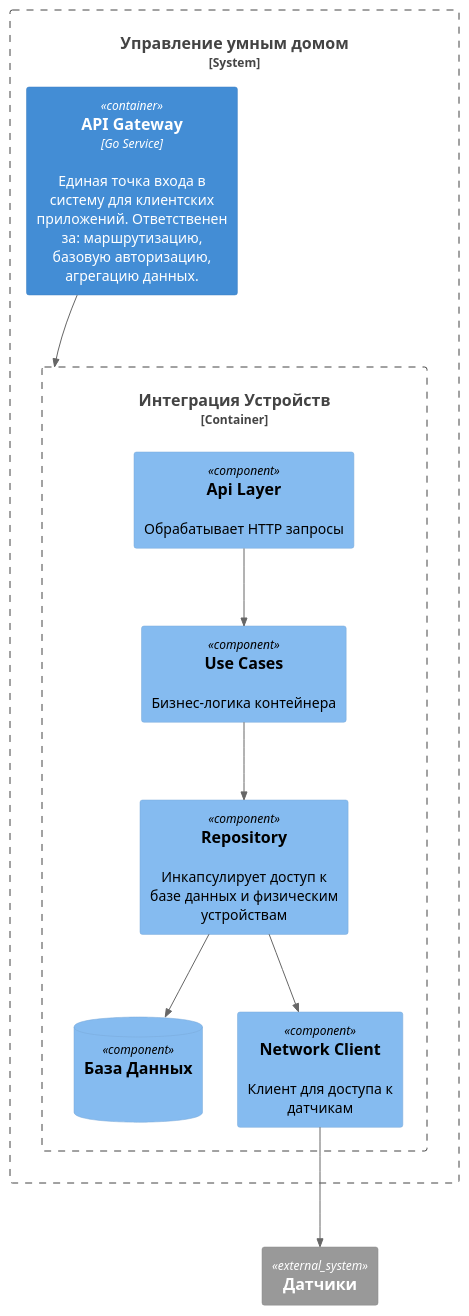
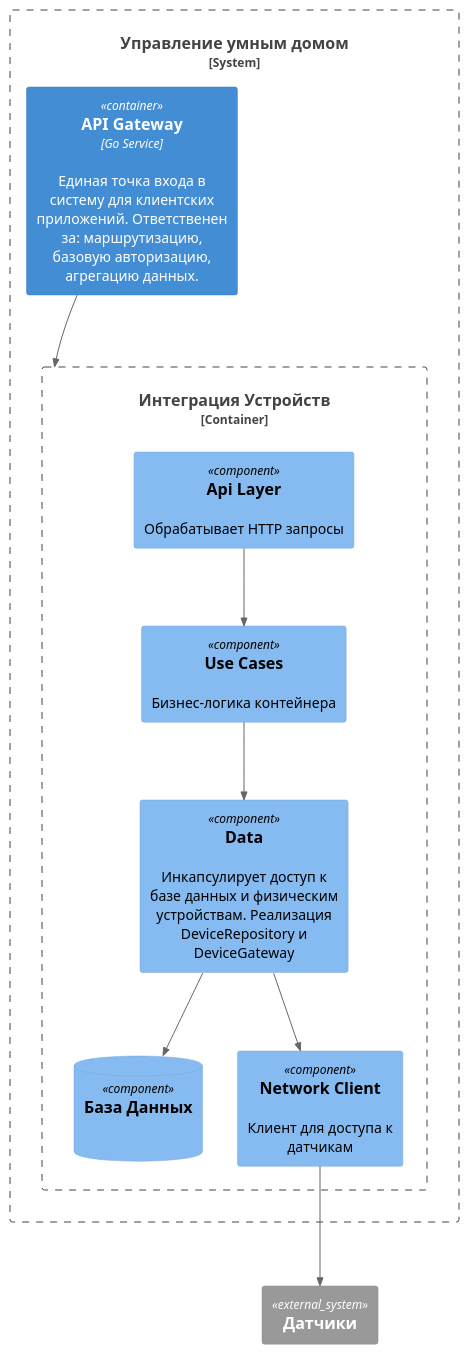
The diagram in puml/task_2_component_diagram.puml (IlimbekNarmatov/warmhouse), drawn with PlantUML before and after one commit. The commit also changed 1 other file, not shown here.

```diff
--- a/puml/task_2_component_diagram.puml
+++ b/puml/task_2_component_diagram.puml
@@ -1,24 +1,24 @@
 @startuml
 !include https://raw.githubusercontent.com/plantuml-stdlib/C4-PlantUML/master/C4_Container.puml
 !include https://raw.githubusercontent.com/plantuml-stdlib/C4-PlantUML/master/C4_Component.puml
 
 System_Ext(device, "Датчики")
 
 System_Boundary(smartHomeSystem, "Управление умным домом"){
     Container(gateway, "API Gateway", "Go Service", "Единая точка входа в систему для клиентских приложений. Ответственен за: маршрутизацию, базовую авторизацию, агрегацию данных.")
     Container_Boundary(deviceIntegrationContainer, "Интеграция Устройств"){
         Component(apiLayer, "Api Layer", "", "Обрабатывает HTTP запросы")
-        Component(repo, "Repository", "", "Инкапсулирует доступ к базе данных и физическим устройствам")
+        Component(data, "Data", "", "Инкапсулирует доступ к базе данных и физическим устройствам. Реализация DeviceRepository и DeviceGateway")
         ComponentDb(deviceIntegrationDB, "База Данных", "", " ")
         Component(useCases, "Use Cases", "", "Бизнес-логика контейнера")
         Component(networkClient, "Network Client", "", "Клиент для доступа к датчикам")
     }
 }
 
 Rel(gateway, deviceIntegrationContainer, " ")
 Rel(apiLayer, useCases, " ")
-Rel(useCases, repo, " ")
-Rel(repo, deviceIntegrationDB, " ")
-Rel(repo, networkClient, " ")
+Rel(useCases, data, " ")
+Rel(data, deviceIntegrationDB, " ")
+Rel(data, networkClient, " ")
 Rel(networkClient, device, " ")
 @enduml
```
